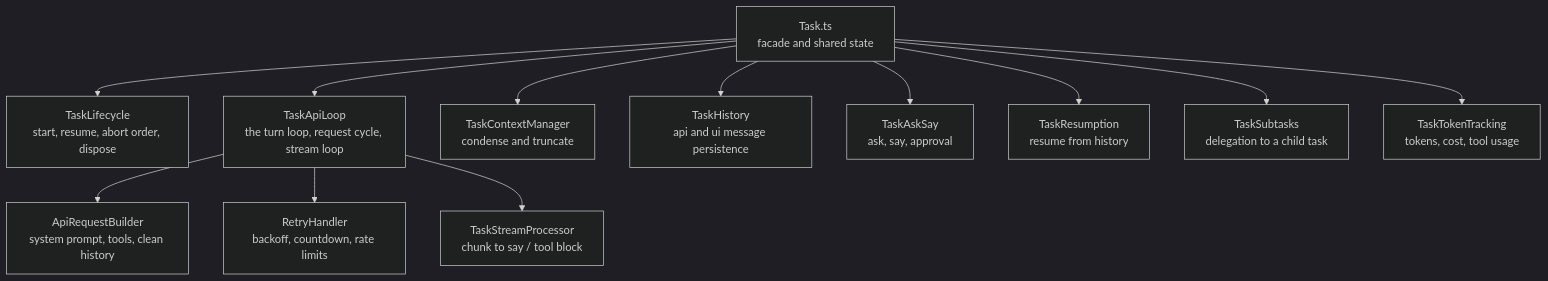
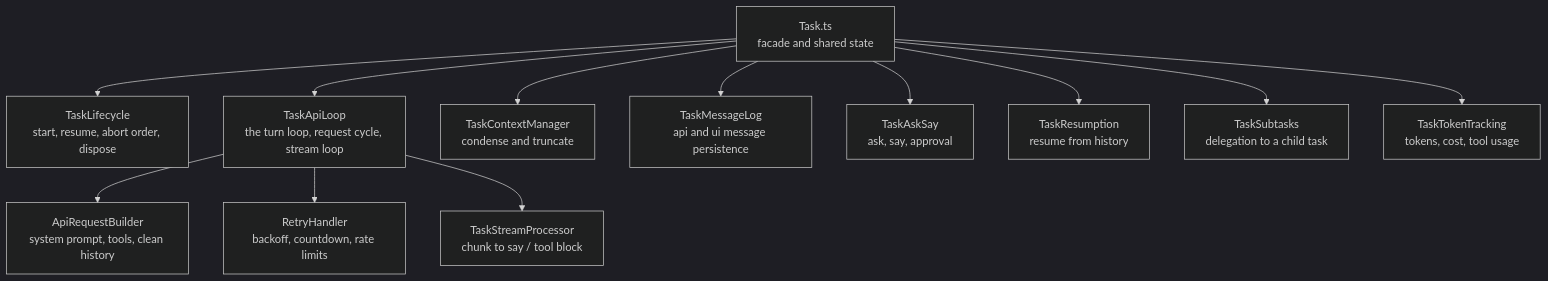
The first of 4 diagrams in docs/03-task-agent-loop.md (krzychdre/Tumble-Code), drawn with Mermaid (dark theme) before and after one commit. The commit also changed other lines of this file and 27 other files, not shown here.

First line of the commit message:
D10: rename TaskHistory to TaskMessageLog, move searchTaskHistory to tools/helpers (#556)

````diff
--- a/docs/03-task-agent-loop.md
+++ b/docs/03-task-agent-loop.md
@@ -9,15 +9,15 @@
 ```mermaid
 graph TD
   T[Task.ts<br/>facade and shared state]
   T --> L[TaskLifecycle<br/>start, resume, abort order, dispose]
   T --> AL[TaskApiLoop<br/>the turn loop, request cycle, stream loop]
   AL --> RB[ApiRequestBuilder<br/>system prompt, tools, clean history]
   AL --> RH[RetryHandler<br/>backoff, countdown, rate limits]
   AL --> SP[TaskStreamProcessor<br/>chunk to say / tool block]
   T --> CM[TaskContextManager<br/>condense and truncate]
-  T --> H[TaskHistory<br/>api and ui message persistence]
+  T --> H[TaskMessageLog<br/>api and ui message persistence]
   T --> AS[TaskAskSay<br/>ask, say, approval]
   T --> R[TaskResumption<br/>resume from history]
   T --> S[TaskSubtasks<br/>delegation to a child task]
   T --> TT[TaskTokenTracking<br/>tokens, cost, tool usage]
 ```
````
